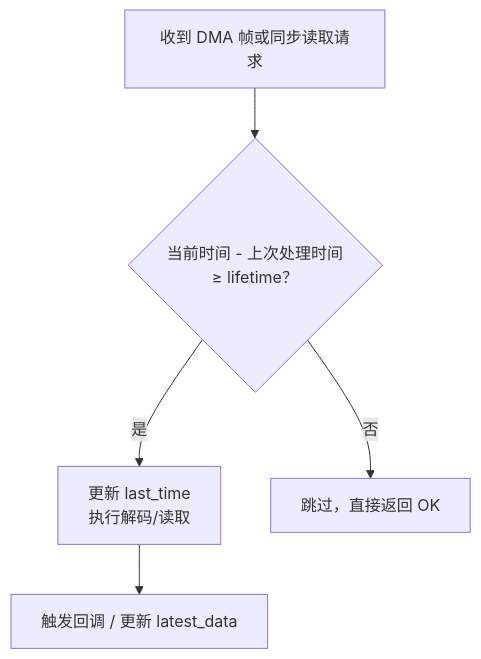
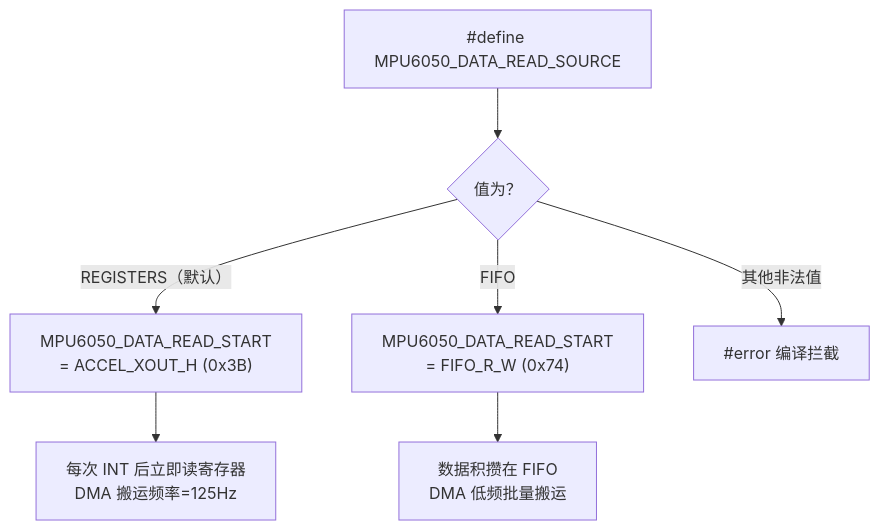
The fifth of 5 diagrams in 开发板/ARM架构/STM32F411CEU6/MPU6050的driver文件架构设计思路.md (shuai-yemao/Deep-In-Embedded), drawn with Mermaid before and after one commit. The commit also changed other lines of this file, not shown here.

````diff
--- a/开发板/ARM架构/STM32F411CEU6/MPU6050的driver文件架构设计思路.md
+++ b/开发板/ARM架构/STM32F411CEU6/MPU6050的driver文件架构设计思路.md
@@ -265,7 +247,10 @@
 ```mermaid
 graph TD
-    A["收到 DMA 帧或同步读取请求"] --> B{"当前时间 - 上次处理时间<br/>≥ lifetime？"}
-    B -->|"是"| C["更新 last_time<br/>执行解码/读取"]
-    B -->|"否"| D["跳过，直接返回 OK"]
-    C --> E["触发回调 / 更新 latest_data"]
+    A["#define MPU6050_DATA_READ_SOURCE"] --> B{"值为？"}
+    B -->|"REGISTERS（默认）"| C["MPU6050_DATA_READ_START<br/>= ACCEL_XOUT_H (0x3B)"]
+    B -->|"FIFO"| D["MPU6050_DATA_READ_START<br/>= FIFO_R_W (0x74)"]
+    B -->|"其他非法值"| E["#error 编译拦截"]
+
+    C --> F["每次 INT 后立即读寄存器<br/>DMA 搬运频率=125Hz"]
+    D --> G["数据积攒在 FIFO<br/>DMA 低频批量搬运"]
 ```
````
